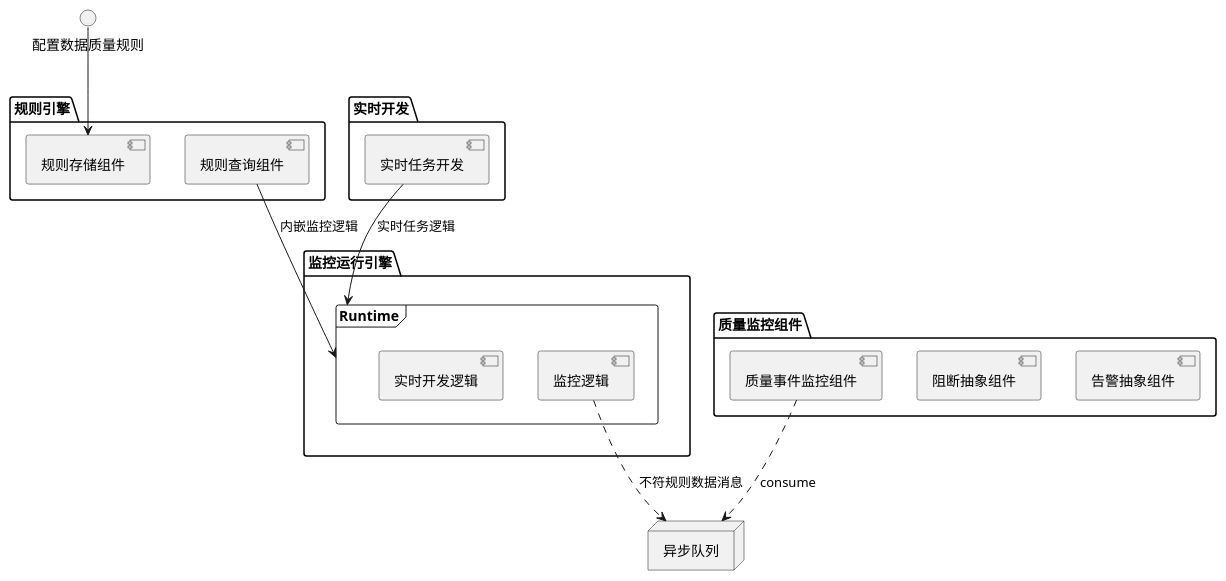
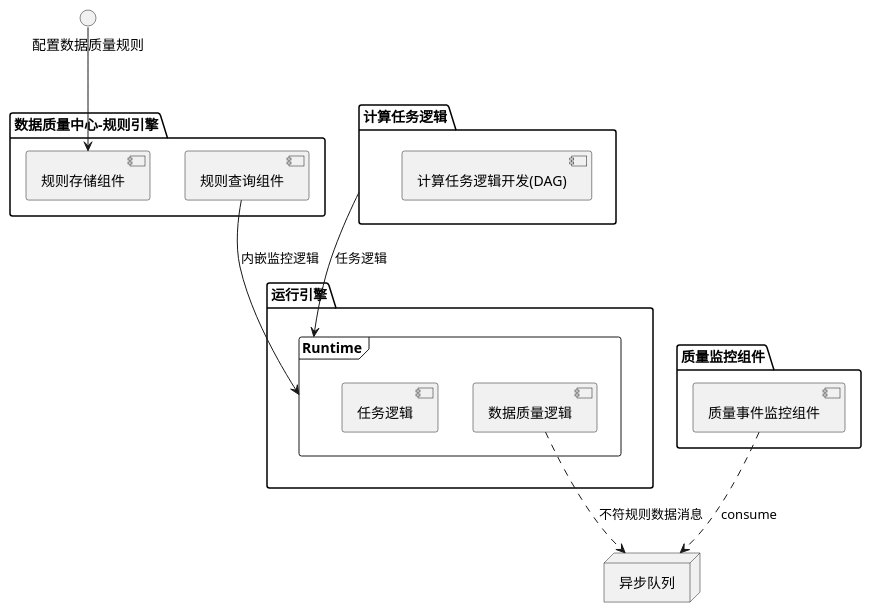
The diagram in P大数据开发平台基础架构/数据质量/组件图_内嵌监控任务.puml (molsionmo/BigDataGovernance), drawn with PlantUML before and after one commit. The commit also changed 4 other files, not shown here.

```diff
--- a/P大数据开发平台基础架构/数据质量/组件图_内嵌监控任务.puml
+++ b/P大数据开发平台基础架构/数据质量/组件图_内嵌监控任务.puml
@@ -1,35 +1,33 @@
 @startuml 数据质量组件图-内嵌模式
 
 interface 配置数据质量规则 as configRule
 
-package "规则引擎" {
+package "数据质量中心-规则引擎" {
     [规则查询组件]
     [规则存储组件]
 }
 
-package "实时开发"{
-    [实时任务开发]
+package "计算任务逻辑"{
+    [计算任务逻辑开发(DAG)]
 }
 
-package "监控运行引擎" {
+package "运行引擎" {
     frame "Runtime"{
-        [监控逻辑]
-        [实时开发逻辑]
+        [数据质量逻辑]
+        [任务逻辑]
     }
 }
 
 node "异步队列"
 
 package "质量监控组件" {
-    [告警抽象组件]
-    [阻断抽象组件]
     [质量事件监控组件]
 }
 
 configRule --> 规则存储组件
-实时任务开发 --> Runtime : 实时任务逻辑
+计算任务逻辑 --> Runtime : 任务逻辑
 规则查询组件 --> Runtime : 内嵌监控逻辑
-监控逻辑 ..> 异步队列 : 不符规则数据消息
+数据质量逻辑 ..> 异步队列 : 不符规则数据消息
 质量事件监控组件 ..> 异步队列 : consume
 
 @enduml
```
